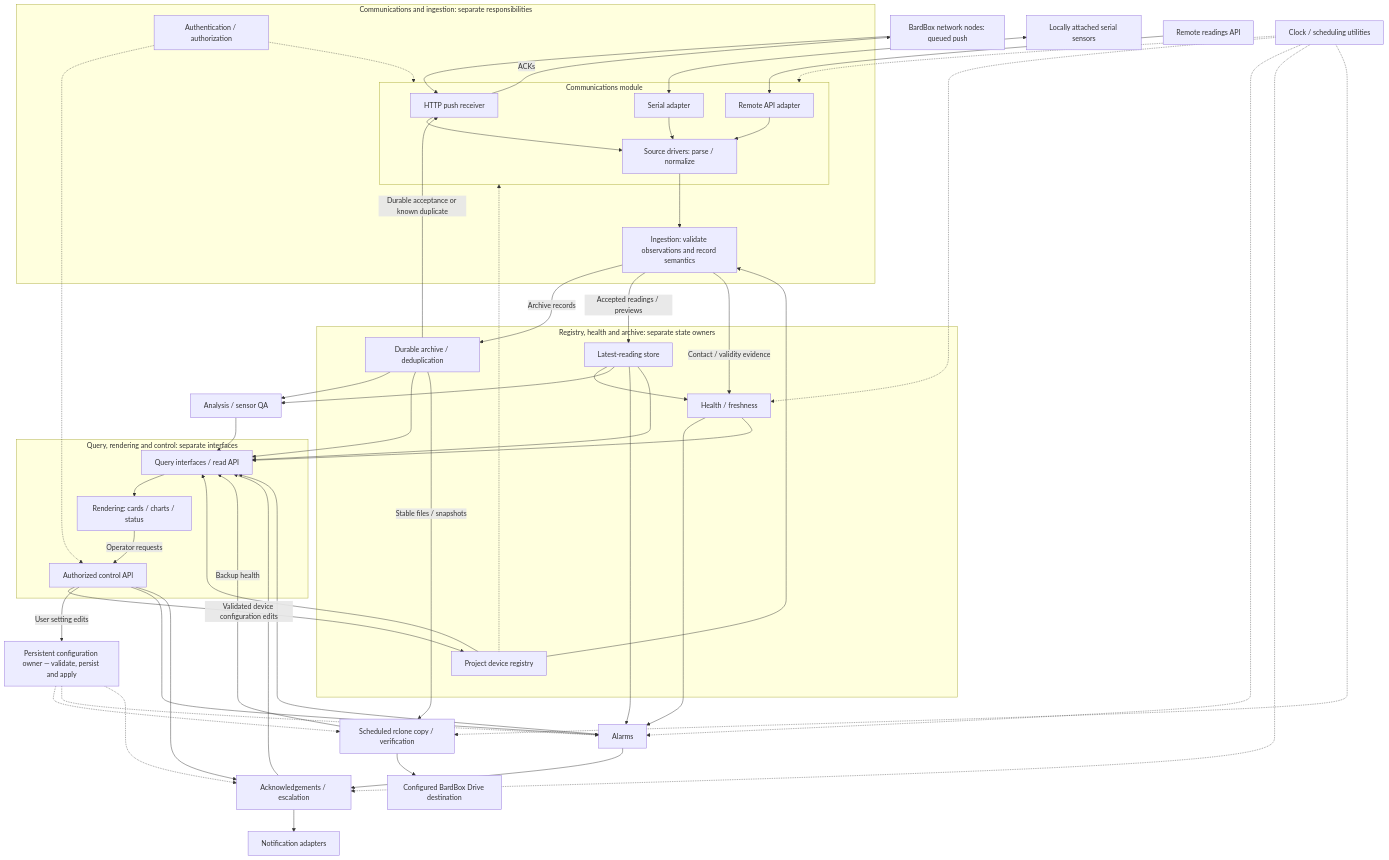
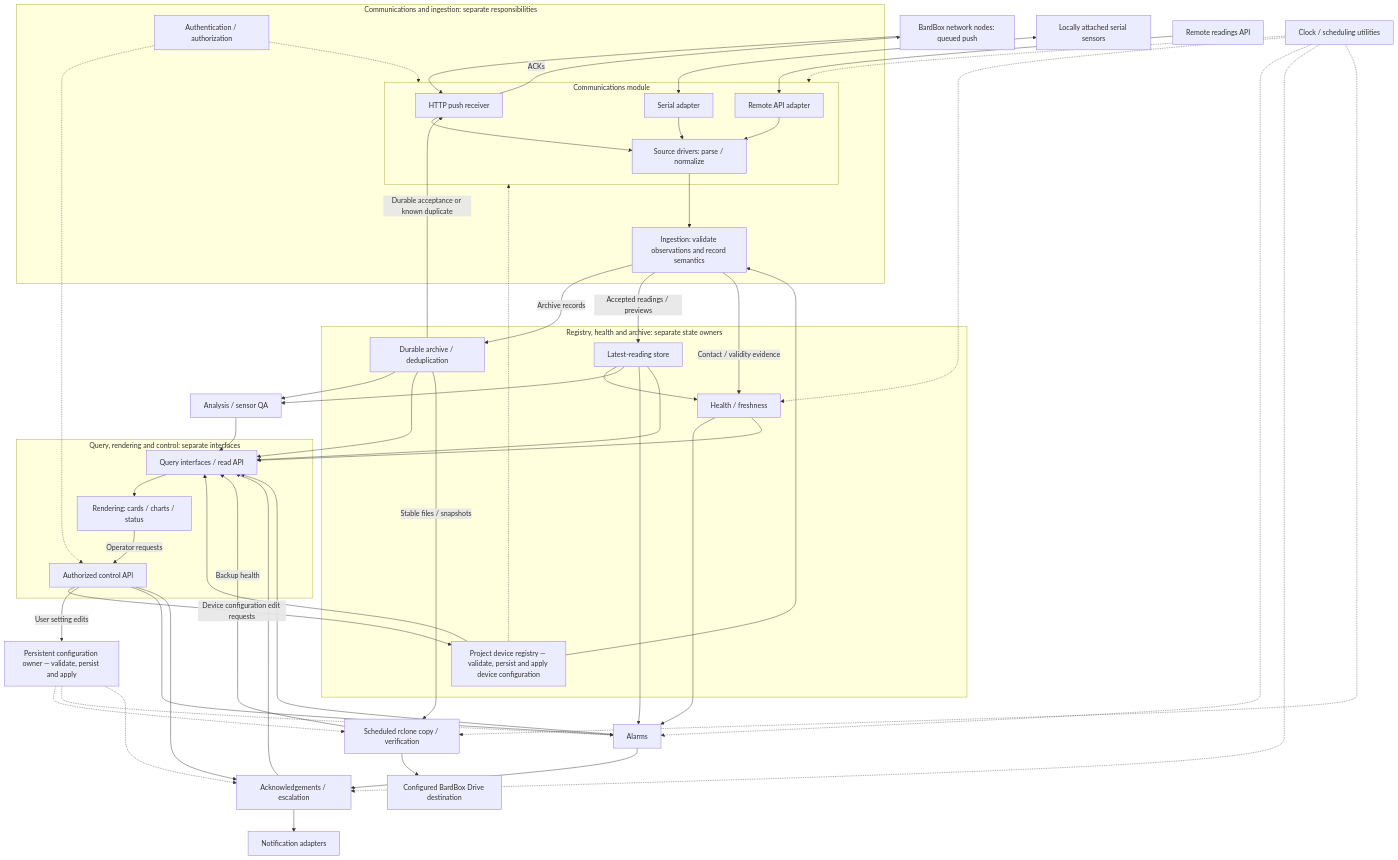
One commit to bardphysicslab/bardbox changed the second of 3 diagrams in docs/architecture-map.md. Above: the diagram before and after it, drawn with Mermaid. The commit also changed other lines of this file and 2 other files, not shown here.

First line of the commit message:
Resolve ingestion review gaps in recovery, identity and configuration ownership

````diff
--- a/docs/architecture-map.md
+++ b/docs/architecture-map.md
@@ -91,58 +91,58 @@
 ```mermaid
 flowchart TB
     Nodes["BardBox network nodes: queued push"] --> Push
     Push -->|ACKs| Nodes
     Local["Locally attached serial sensors"] <--> Serial
     Remote["Remote readings API"] --> Fetch
     subgraph AcquisitionBoundary["Communications and ingestion: separate responsibilities"]
         subgraph Communications["Communications module"]
             Push["HTTP push receiver"] --> Normalize["Source drivers: parse / normalize"]
             Serial["Serial adapter"] --> Normalize
             Fetch["Remote API adapter"] --> Normalize
         end
         Auth["Authentication / authorization"] -.-> Communications
         Normalize --> Ingest["Ingestion: validate observations and record semantics"]
     end
     subgraph StateBoundary["Registry, health and archive: separate state owners"]
-        Registry["Project device registry"] --> Ingest
+        Registry["Project device registry — validate, persist and apply device configuration"] --> Ingest
         Registry -.-> Communications
         Ingest -->|Archive records| Archive["Durable archive / deduplication"]
         Archive -->|Durable acceptance or known duplicate| Push
         Ingest -->|Accepted readings / previews| Latest["Latest-reading store"]
         Ingest -->|Contact / validity evidence| Health["Health / freshness"]
         Latest --> Health
     end
     Archive --> Analysis["Analysis / sensor QA"]
     Latest --> Analysis
     Latest --> Alarm["Alarms"]
     Health --> Alarm
     Alarm --> Escalation["Acknowledgements / escalation"]
     Escalation --> Notify["Notification adapters"]
     subgraph PresentationBoundary["Query, rendering and control: separate interfaces"]
         Queries["Query interfaces / read API"] --> Render["Rendering: cards / charts / status"]
         Render -->|Operator requests| Controls["Authorized control API"]
     end
     Registry --> Queries
     Archive --> Queries
     Latest --> Queries
     Health --> Queries
     Analysis --> Queries
     Alarm --> Queries
     Escalation --> Queries
     Auth -.-> Controls
-    Controls -->|Validated device configuration edits| Registry
+    Controls -->|Device configuration edit requests| Registry
     Controls -->|User setting edits| Settings["Persistent configuration owner — validate, persist and apply"]
     Controls --> Alarm
     Controls --> Escalation
     Archive -->|Stable files / snapshots| Backup["Scheduled rclone copy / verification"]
     Backup --> Drive["Configured BardBox Drive destination"]
     Backup -->|Backup health| Queries
     Settings -.-> Backup
     Settings -.-> Alarm
     Settings -.-> Escalation
     Timers["Clock / scheduling utilities"] -.-> Communications
     Timers -.-> Health
     Timers -.-> Alarm
     Timers -.-> Escalation
     Timers -.-> Backup
 ```
````
